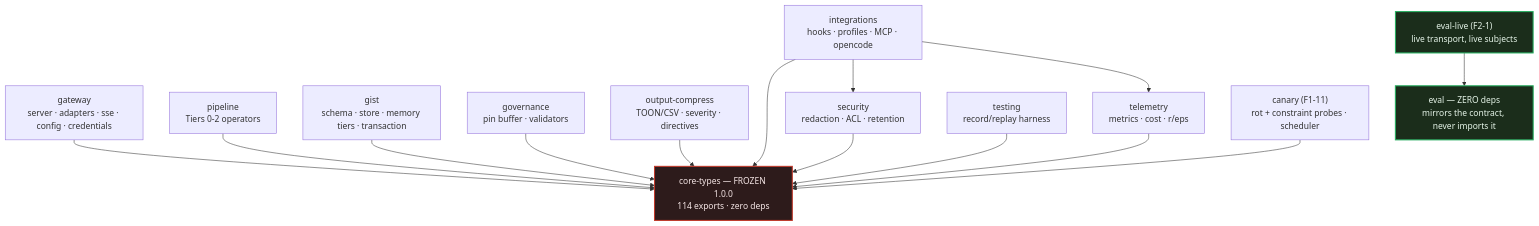
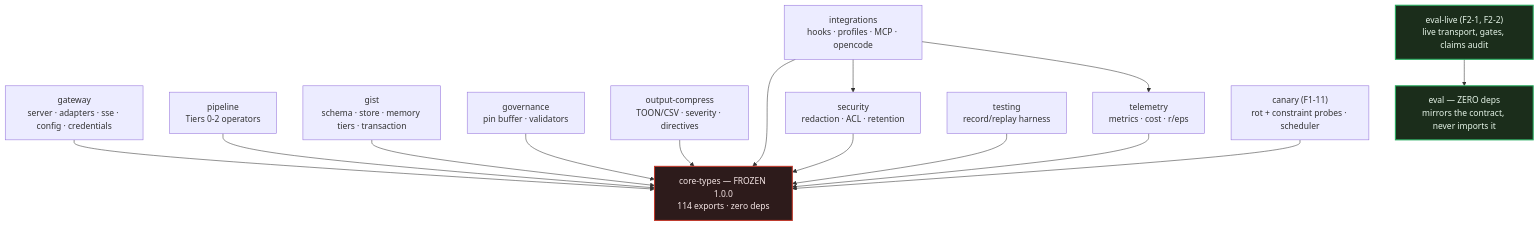
The first of 3 diagrams in AGENTS.md (VinodAtwal/strata-ctx), drawn with Mermaid before and after one commit. The commit also changed other lines of this file and 13 other files, not shown here.

````diff
--- a/AGENTS.md
+++ b/AGENTS.md
@@ -323,38 +323,38 @@
 ```mermaid
 graph TD
   CT["core-types — FROZEN 1.0.0<br/>114 exports · zero deps"]
 
   GW["gateway<br/>server · adapters · sse · config · credentials"]
   PL["pipeline<br/>Tiers 0-2 operators"]
   GI["gist<br/>schema · store · memory tiers · transaction"]
   GV["governance<br/>pin buffer · validators"]
   OC["output-compress<br/>TOON/CSV · severity · directives"]
   TL["telemetry<br/>metrics · cost · r/eps"]
   SE["security<br/>redaction · ACL · retention"]
   TE["testing<br/>record/replay harness"]
 
   IN["integrations<br/>hooks · profiles · MCP · opencode"]
   EV["eval — ZERO deps<br/>mirrors the contract, never imports it"]
-  EL["eval-live (F2-1)<br/>live transport, live subjects"]
+  EL["eval-live (F2-1, F2-2)<br/>live transport, gates, claims audit"]
   CN["canary (F1-11)<br/>rot + constraint probes · scheduler"]
 
   GW --> CT
   PL --> CT
   GI --> CT
   GV --> CT
   OC --> CT
   TL --> CT
   SE --> CT
   TE --> CT
   IN --> CT
   IN --> SE
   IN --> TL
   CN --> CT
   EL --> EV
 
   classDef frozen fill:#2d1b1b,stroke:#c0392b,stroke-width:2px,color:#f5e6e6
   classDef nodeps fill:#1b2d1b,stroke:#27ae60,stroke-width:2px,color:#e6f5e9
   class CT frozen
   class EV nodeps
   class EL nodeps
 ```
````
